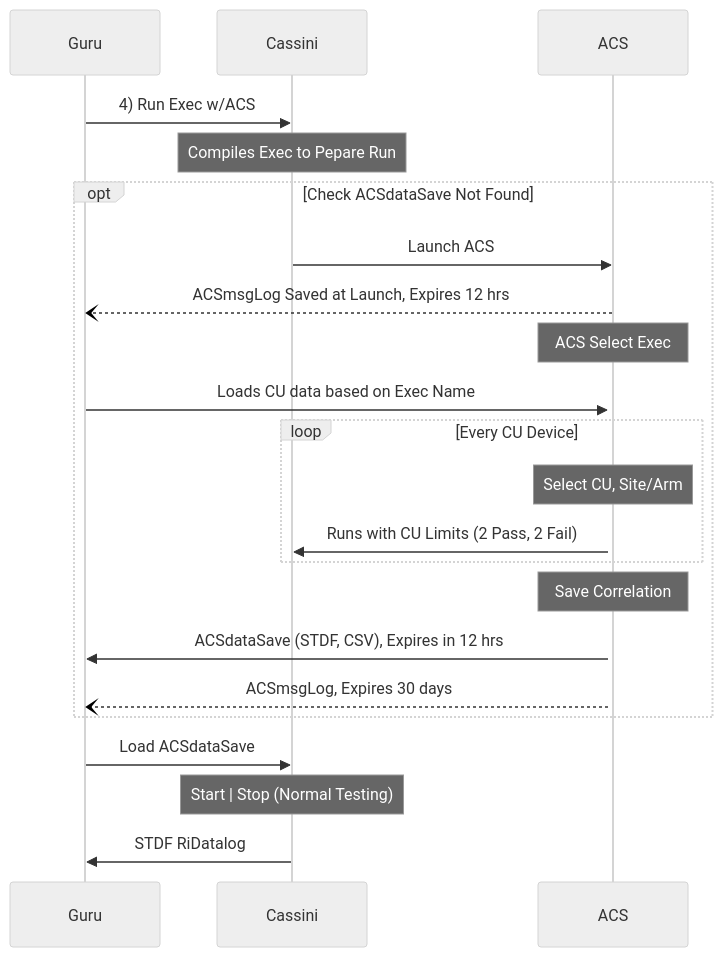
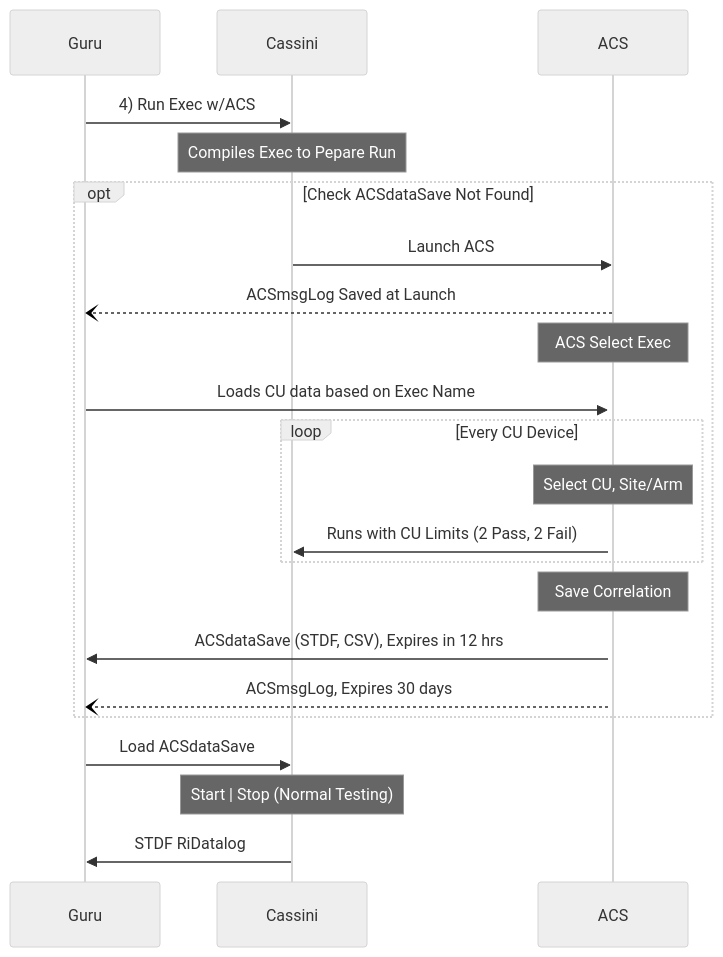
The second of 3 diagrams in AutoCorrSystem.md (RoosInst/RoosInst), drawn with Mermaid (neutral theme) before and after one commit. The commit also changed 1 other file, not shown here.

Commit message:
2 to 50 G

````diff
--- a/AutoCorrSystem.md
+++ b/AutoCorrSystem.md
@@ -22,22 +22,22 @@
 ```mermaid
 sequenceDiagram
     Guru->>Cassini: 4) Run Exec w/ACS
     Note over Cassini: Compiles Exec to Pepare Run
     opt Check ACSdataSave Not Found
       Cassini->>ACS: Launch ACS
-      ACS--)Guru: ACSmsgLog Saved at Launch, Expires 12 hrs
+      ACS--)Guru: ACSmsgLog Saved at Launch
       activate ACS
       Note over ACS: ACS Select Exec
       Guru->>ACS: Loads CU data based on Exec Name
       loop Every CU Device
       Note over ACS: Select CU, Site/Arm
          ACS->>Cassini: Runs with CU Limits (2 Pass, 2 Fail)
       end
       Note over ACS: Save Correlation
      ACS->>Guru: ACSdataSave (STDF, CSV), Expires in 12 hrs
      ACS--)Guru: ACSmsgLog, Expires 30 days
     end
       Guru->>Cassini: Load ACSdataSave
       Note over Cassini: Start | Stop (Normal Testing) 
       Cassini->>Guru: STDF RiDatalog
 ```
````
